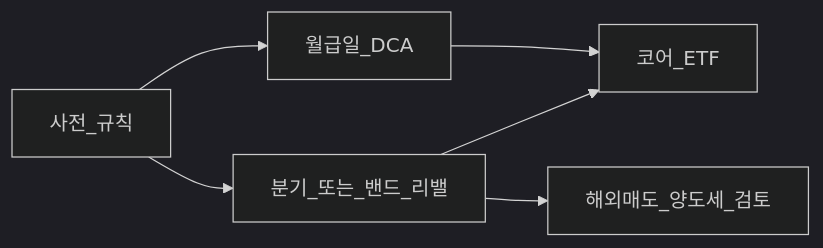
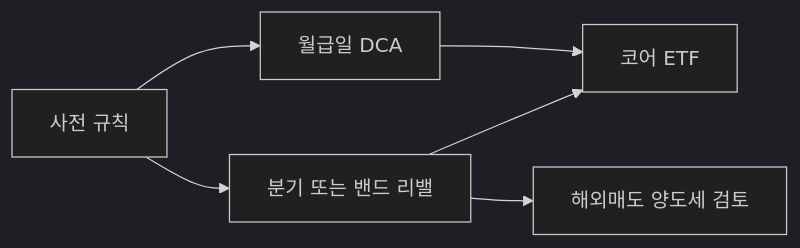
Before and after one commit to goldanghenry/Finances: the first of 2 diagrams in 04-portfolio/rebalancing-and-dca.md, drawn with Mermaid (dark theme). The commit also changed other lines of this file and 211 other files, not shown here.

````diff
--- a/04-portfolio/rebalancing-and-dca.md
+++ b/04-portfolio/rebalancing-and-dca.md
@@ -113,9 +108,9 @@
 ```mermaid
 flowchart LR
-  Rule[사전_규칙]
-  Rule --> DCA[월급일_DCA]
-  Rule --> Reb[분기_또는_밴드_리밸]
-  DCA --> Core[코어_ETF]
+  Rule["사전 규칙"]
+  Rule --> DCA["월급일 DCA"]
+  Rule --> Reb["분기 또는 밴드 리밸"]
+  DCA --> Core["코어 ETF"]
   Reb --> Core
-  Reb --> Tax[해외매도_양도세_검토]
+  Reb --> Tax["해외매도 양도세 검토"]
 ```
````
